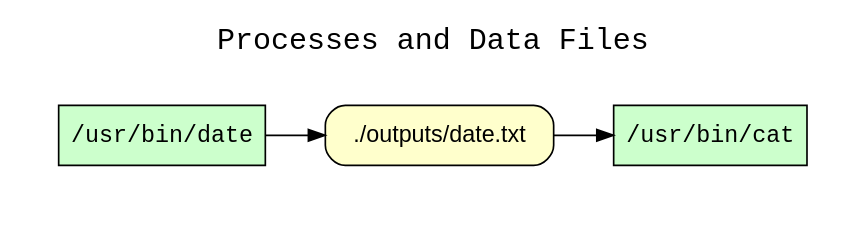
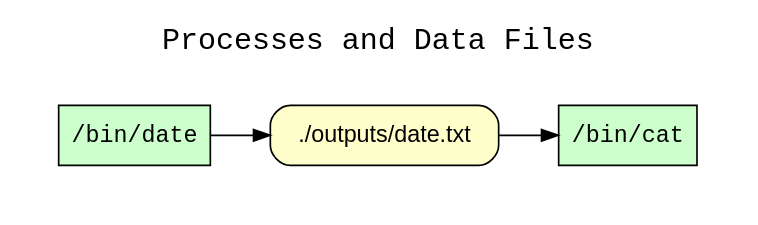
The diagram in examples/01-xsb-examples/04-date-to-file/graphs.d/cpr_processes_and_data_files.dot (CIRSS/cpr-demo-2021), drawn with Graphviz before and after one commit. The commit also changed 69 other files, not shown here.

```diff
--- a/examples/01-xsb-examples/04-date-to-file/graphs.d/cpr_processes_and_data_files.dot
+++ b/examples/01-xsb-examples/04-date-to-file/graphs.d/cpr_processes_and_data_files.dot
@@ -1,16 +1,16 @@
 
 digraph cpr_run {
 rankdir=LR
 fontname=Courier; fontsize=18; labelloc=t
 label="Processes and Data Files"
 subgraph cluster_inputs { label=""; color=white; penwidth=0
 subgraph cluster_inputs_inner { label=""; color=white
 node[shape=box style="filled" fillcolor="#CCFFCC" peripheries=1 fontname=Courier]
-"exe:e3" [label="/usr/bin/cat"]
-"exe:e2" [label="/usr/bin/date"]
+"exe:e3" [label="/bin/cat"]
+"exe:e2" [label="/bin/date"]
 node[shape=box style="rounded,filled" fillcolor="#FFFFCC" peripheries=1 fontname=Helvetica]
 "access:i7" [label="./outputs/date.txt"]
 "exe:e2" -> "access:i7"
 "access:i7" -> "exe:e3"
 }}
 }
```
